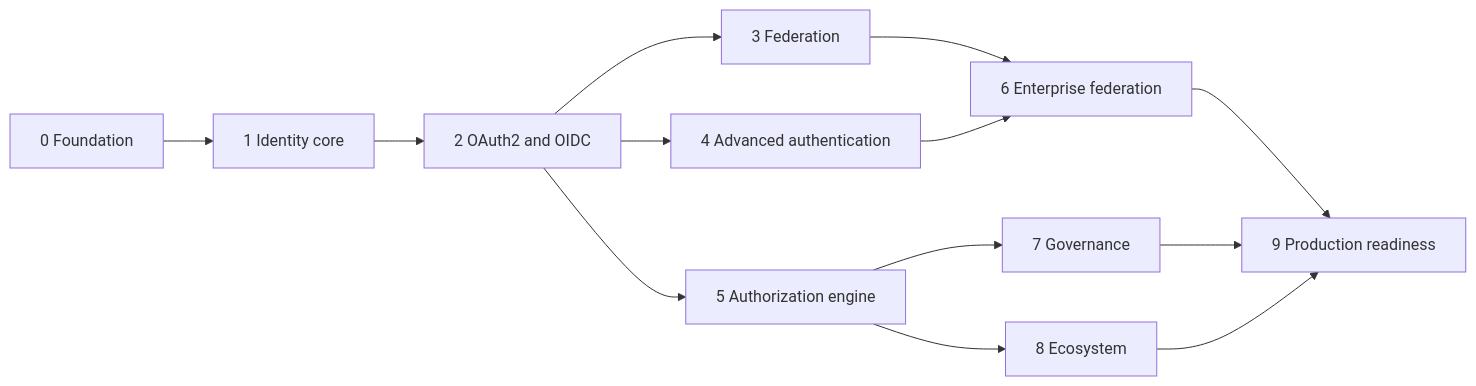
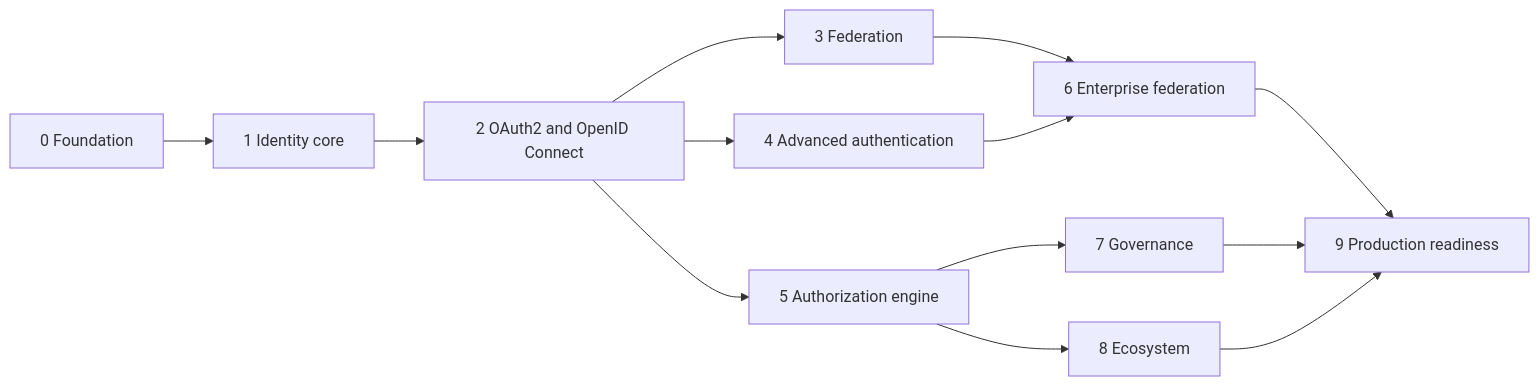
Before and after one commit to ortisun/hodor: the diagram in docs/product/roadmap.md, drawn with Mermaid. The commit also changed other lines of this file and 48 other files, not shown here.

````diff
--- a/docs/product/roadmap.md
+++ b/docs/product/roadmap.md
@@ -5,15 +5,15 @@
 ```mermaid
 flowchart LR
-    p0["0 Foundation"] --> p1["1 Identity core"]
-    p1 --> p2["2 OAuth2 and OIDC"]
-    p2 --> p3["3 Federation"]
-    p2 --> p4["4 Advanced authentication"]
-    p2 --> p5["5 Authorization engine"]
-    p3 --> p6["6 Enterprise federation"]
-    p4 --> p6
-    p5 --> p7["7 Governance"]
-    p5 --> p8["8 Ecosystem"]
-    p6 --> p9["9 Production readiness"]
-    p7 --> p9
-    p8 --> p9
+    phase0["0 Foundation"] --> phase1["1 Identity core"]
+    phase1 --> phase2["2 OAuth2 and OpenID Connect"]
+    phase2 --> phase3["3 Federation"]
+    phase2 --> phase4["4 Advanced authentication"]
+    phase2 --> phase5["5 Authorization engine"]
+    phase3 --> phase6["6 Enterprise federation"]
+    phase4 --> phase6
+    phase5 --> phase7["7 Governance"]
+    phase5 --> phase8["8 Ecosystem"]
+    phase6 --> phase9["9 Production readiness"]
+    phase7 --> phase9
+    phase8 --> phase9
 ```
````
